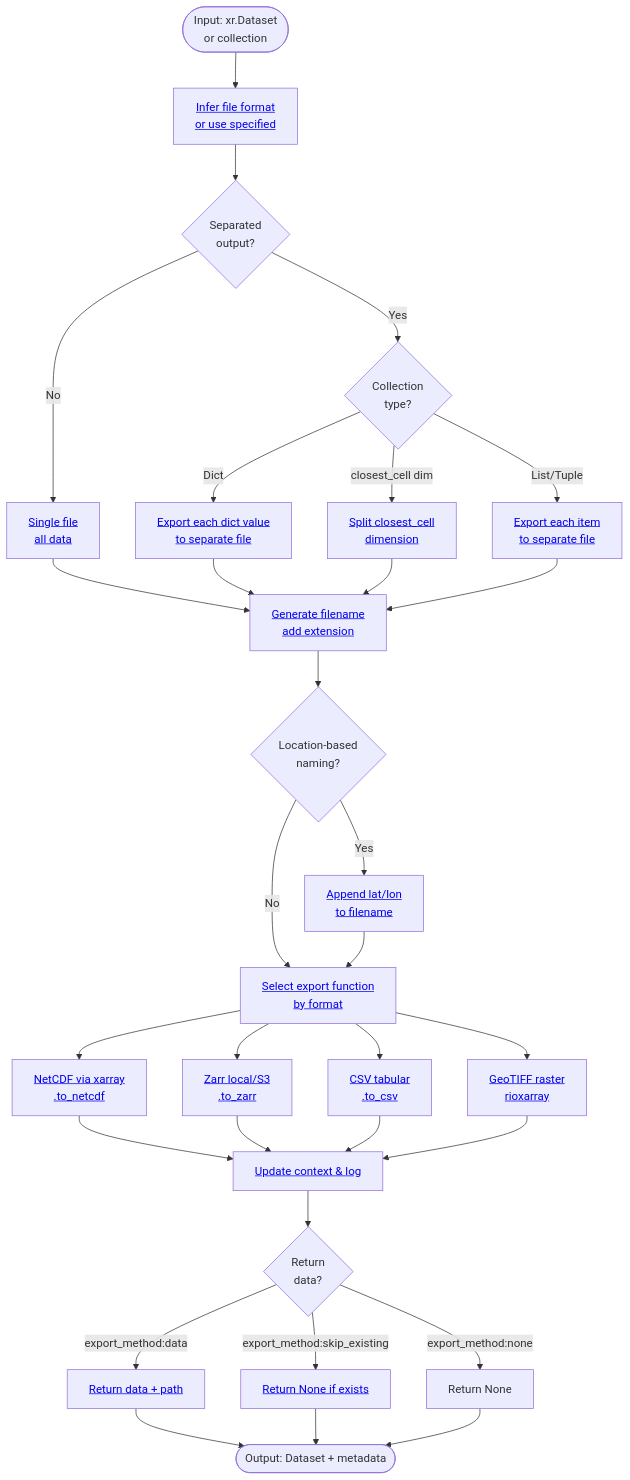
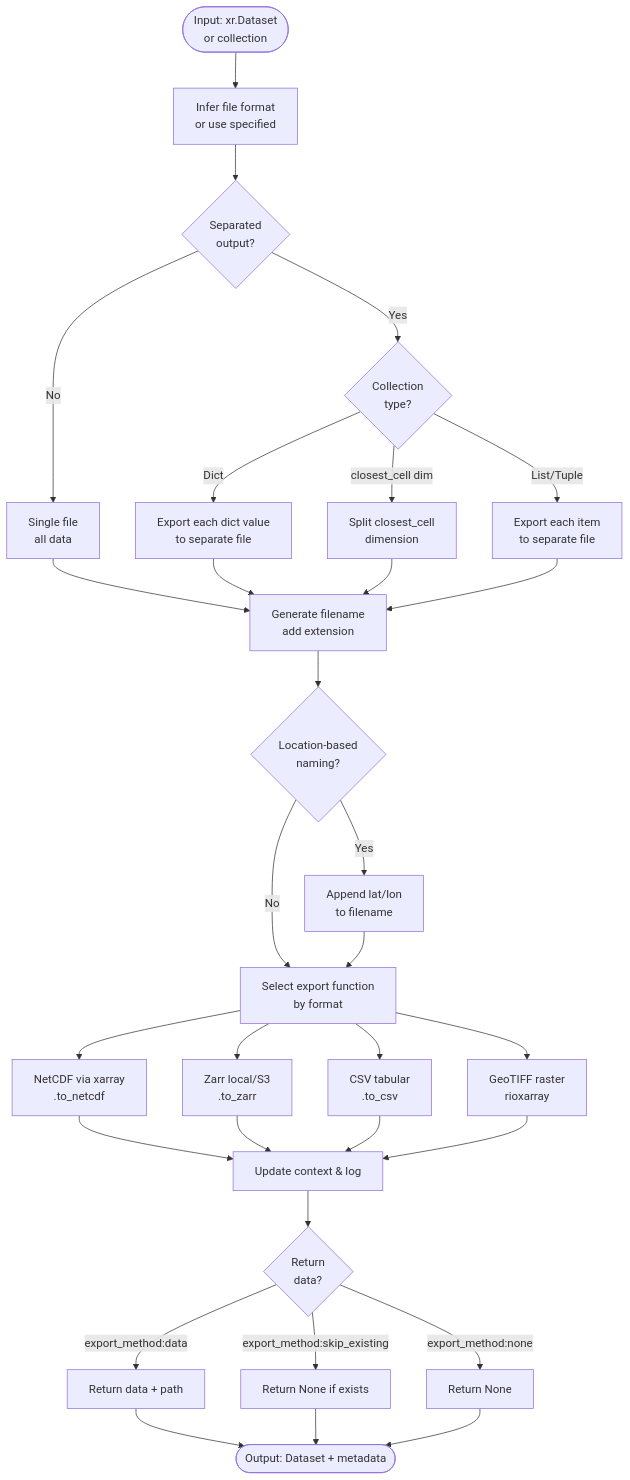
Before and after one commit to cal-adapt/climakitae: the diagram in docs-mkdocs/new-core/processors/export.md, drawn with Mermaid. The commit also changed 3 other files, not shown here.

First line of the commit message:
fix(docs): Replace HTML anchor tags with Mermaid click directives in processor flowcharts

````diff
--- a/docs-mkdocs/new-core/processors/export.md
+++ b/docs-mkdocs/new-core/processors/export.md
@@ -9,44 +9,60 @@
 ```mermaid
 flowchart TD
-    Start([Input: xr.Dataset<br/>or collection]) --> CheckFormat["<a href='https://github.com/cal-adapt/climakitae/blob/main/climakitae/new_core/processors/export.py#L85'>Infer file format<br/>or use specified</a>"]
+    Start([Input: xr.Dataset<br/>or collection]) --> CheckFormat["Infer file format<br/>or use specified"]
     
     CheckFormat --> CheckSeparated{Separated<br/>output?}
     
-    CheckSeparated -->|No| SingleExport["<a href='https://github.com/cal-adapt/climakitae/blob/main/climakitae/new_core/processors/export.py#L110'>Single file<br/>all data</a>"]
+    CheckSeparated -->|No| SingleExport["Single file<br/>all data"]
     CheckSeparated -->|Yes| CheckCollection{Collection<br/>type?}
     
-    CheckCollection -->|Dict| LoopDict["<a href='https://github.com/cal-adapt/climakitae/blob/main/climakitae/new_core/processors/export.py#L125'>Export each dict value<br/>to separate file</a>"]
-    CheckCollection -->|closest_cell dim| SplitCells["<a href='https://github.com/cal-adapt/climakitae/blob/main/climakitae/new_core/processors/export.py#L140'>Split closest_cell<br/>dimension</a>"]
-    CheckCollection -->|List/Tuple| LoopList["<a href='https://github.com/cal-adapt/climakitae/blob/main/climakitae/new_core/processors/export.py#L155'>Export each item<br/>to separate file</a>"]
+    CheckCollection -->|Dict| LoopDict["Export each dict value<br/>to separate file"]
+    CheckCollection -->|closest_cell dim| SplitCells["Split closest_cell<br/>dimension"]
+    CheckCollection -->|List/Tuple| LoopList["Export each item<br/>to separate file"]
     
-    SingleExport --> GenFilename["<a href='https://github.com/cal-adapt/climakitae/blob/main/climakitae/new_core/processors/export.py#L170'>Generate filename<br/>add extension</a>"]
+    SingleExport --> GenFilename["Generate filename<br/>add extension"]
     LoopDict --> GenFilename
     SplitCells --> GenFilename
     LoopList --> GenFilename
     
     GenFilename --> CheckNaming{Location-based<br/>naming?}
     
-    CheckNaming -->|Yes| AddCoords["<a href='https://github.com/cal-adapt/climakitae/blob/main/climakitae/new_core/processors/export.py#L185'>Append lat/lon<br/>to filename</a>"]
-    CheckNaming -->|No| SelectFormat["<a href='https://github.com/cal-adapt/climakitae/blob/main/climakitae/new_core/processors/export.py#L200'>Select export function<br/>by format</a>"]
+    CheckNaming -->|Yes| AddCoords["Append lat/lon<br/>to filename"]
+    CheckNaming -->|No| SelectFormat["Select export function<br/>by format"]
     AddCoords --> SelectFormat
     
-    SelectFormat --> WriteCDF["<a href='https://github.com/cal-adapt/climakitae/blob/main/climakitae/new_core/processors/export.py#L212'>NetCDF via xarray<br/>.to_netcdf</a>"]
-    SelectFormat --> WriteZarr["<a href='https://github.com/cal-adapt/climakitae/blob/main/climakitae/new_core/processors/export.py#L220'>Zarr local/S3<br/>.to_zarr</a>"]
-    SelectFormat --> WriteCSV["<a href='https://github.com/cal-adapt/climakitae/blob/main/climakitae/new_core/processors/export.py#L228'>CSV tabular<br/>.to_csv</a>"]
-    SelectFormat --> WriteGEO["<a href='https://github.com/cal-adapt/climakitae/blob/main/climakitae/new_core/processors/export.py#L236'>GeoTIFF raster<br/>rioxarray</a>"]
+    SelectFormat --> WriteCDF["NetCDF via xarray<br/>.to_netcdf"]
+    SelectFormat --> WriteZarr["Zarr local/S3<br/>.to_zarr"]
+    SelectFormat --> WriteCSV["CSV tabular<br/>.to_csv"]
+    SelectFormat --> WriteGEO["GeoTIFF raster<br/>rioxarray"]
     
-    WriteCDF --> UpdateCtx["<a href='https://github.com/cal-adapt/climakitae/blob/main/climakitae/new_core/processors/export.py#L250'>Update context & log</a>"]
+    WriteCDF --> UpdateCtx["Update context & log"]
     WriteZarr --> UpdateCtx
     WriteCSV --> UpdateCtx
     WriteGEO --> UpdateCtx
     
     UpdateCtx --> CheckReturn{Return<br/>data?}
     
-    CheckReturn -->|export_method:data| ReturnData["<a href='https://github.com/cal-adapt/climakitae/blob/main/climakitae/new_core/processors/export.py#L255'>Return data + path</a>"]
-    CheckReturn -->|export_method:skip_existing| ReturnSkip["<a href='https://github.com/cal-adapt/climakitae/blob/main/climakitae/new_core/processors/export.py#L260'>Return None if exists</a>"]
+    CheckReturn -->|export_method:data| ReturnData["Return data + path"]
+    CheckReturn -->|export_method:skip_existing| ReturnSkip["Return None if exists"]
     CheckReturn -->|export_method:none| ReturnNone["Return None"]
     
     ReturnData --> End([Output: Dataset + metadata])
     ReturnSkip --> End
     ReturnNone --> End
+    
+    click CheckFormat "https://github.com/cal-adapt/climakitae/blob/main/climakitae/new_core/processors/export.py#L85" "Infer file format"
+    click SingleExport "https://github.com/cal-adapt/climakitae/blob/main/climakitae/new_core/processors/export.py#L110" "Single file"
+    click LoopDict "https://github.com/cal-adapt/climakitae/blob/main/climakitae/new_core/processors/export.py#L125" "Export each dict value"
+    click SplitCells "https://github.com/cal-adapt/climakitae/blob/main/climakitae/new_core/processors/export.py#L140" "Split closest_cell dimension"
+    click LoopList "https://github.com/cal-adapt/climakitae/blob/main/climakitae/new_core/processors/export.py#L155" "Export each item"
+    click GenFilename "https://github.com/cal-adapt/climakitae/blob/main/climakitae/new_core/processors/export.py#L170" "Generate filename"
+    click AddCoords "https://github.com/cal-adapt/climakitae/blob/main/climakitae/new_core/processors/export.py#L185" "Append lat/lon"
+    click SelectFormat "https://github.com/cal-adapt/climakitae/blob/main/climakitae/new_core/processors/export.py#L200" "Select export function"
+    click WriteCDF "https://github.com/cal-adapt/climakitae/blob/main/climakitae/new_core/processors/export.py#L212" "NetCDF export"
+    click WriteZarr "https://github.com/cal-adapt/climakitae/blob/main/climakitae/new_core/processors/export.py#L220" "Zarr export"
+    click WriteCSV "https://github.com/cal-adapt/climakitae/blob/main/climakitae/new_core/processors/export.py#L228" "CSV export"
+    click WriteGEO "https://github.com/cal-adapt/climakitae/blob/main/climakitae/new_core/processors/export.py#L236" "GeoTIFF export"
+    click UpdateCtx "https://github.com/cal-adapt/climakitae/blob/main/climakitae/new_core/processors/export.py#L250" "Update context"
+    click ReturnData "https://github.com/cal-adapt/climakitae/blob/main/climakitae/new_core/processors/export.py#L255" "Return data + path"
+    click ReturnSkip "https://github.com/cal-adapt/climakitae/blob/main/climakitae/new_core/processors/export.py#L260" "Return None if exists"
 ```
````
